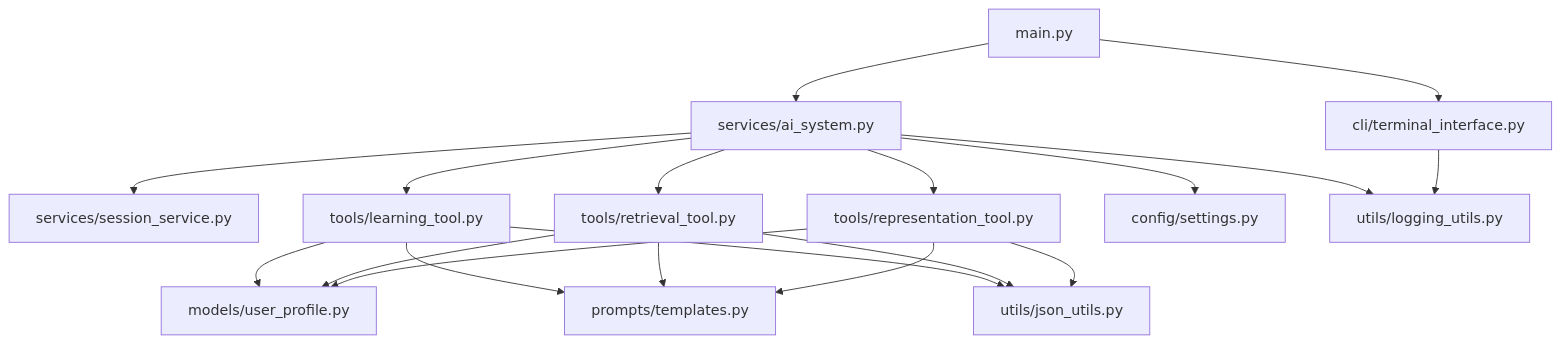
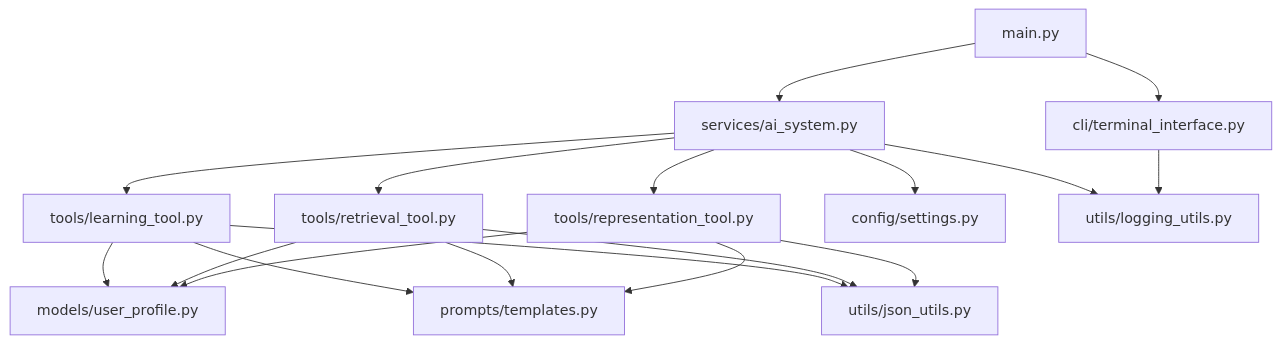
The diagram in REFACTORING_PLAN.md (MorningZephyr/Ai-Agent), drawn with Mermaid before and after one commit. The commit also changed other lines of this file, not shown here.

Commit message:
completed phase 3 and updated roadmap

````diff
--- a/REFACTORING_PLAN.md
+++ b/REFACTORING_PLAN.md
@@ -142,26 +142,26 @@
 ```mermaid
 graph TD
     A[main.py] --> B[services/ai_system.py]
     A --> C[cli/terminal_interface.py]
     
-    B --> D[services/session_service.py]
+
     B --> E[tools/learning_tool.py]
     B --> F[tools/retrieval_tool.py]
     B --> G[tools/representation_tool.py]
     B --> H[config/settings.py]
     
     E --> I[models/user_profile.py]
     F --> I
     G --> I
     
     E --> J[prompts/templates.py]
     F --> J
     G --> J
     
     E --> K[utils/json_utils.py]
     F --> K
     G --> K
     
     B --> L[utils/logging_utils.py]
     C --> L
 ```
````
